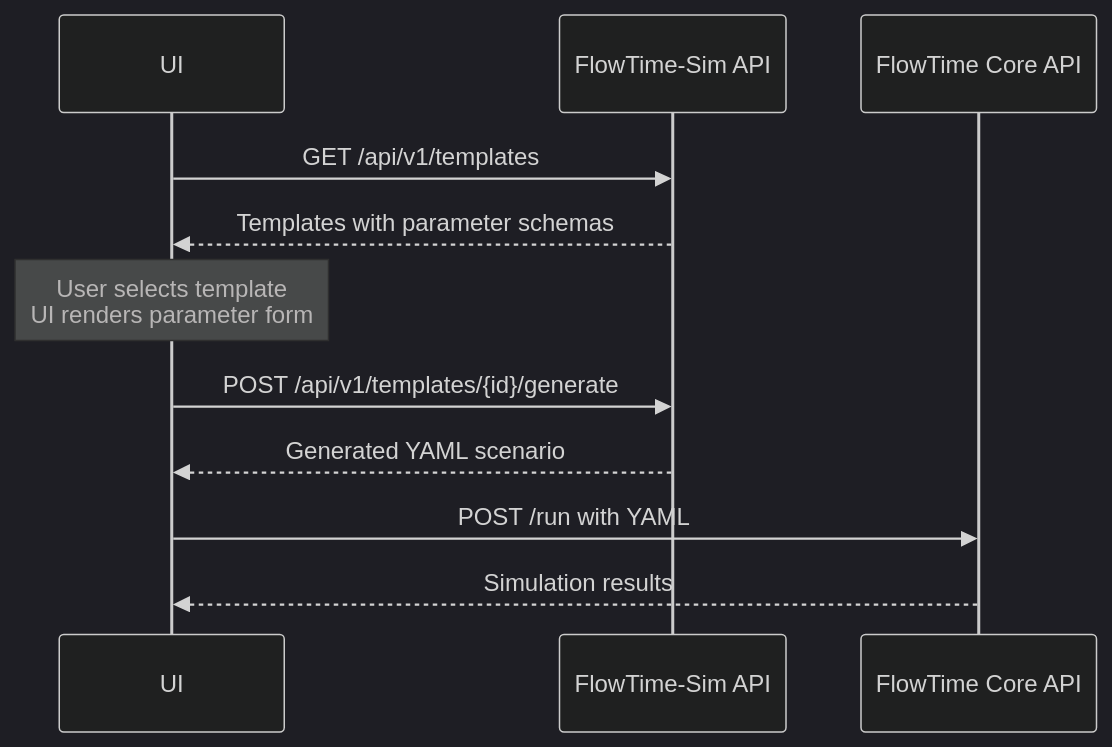
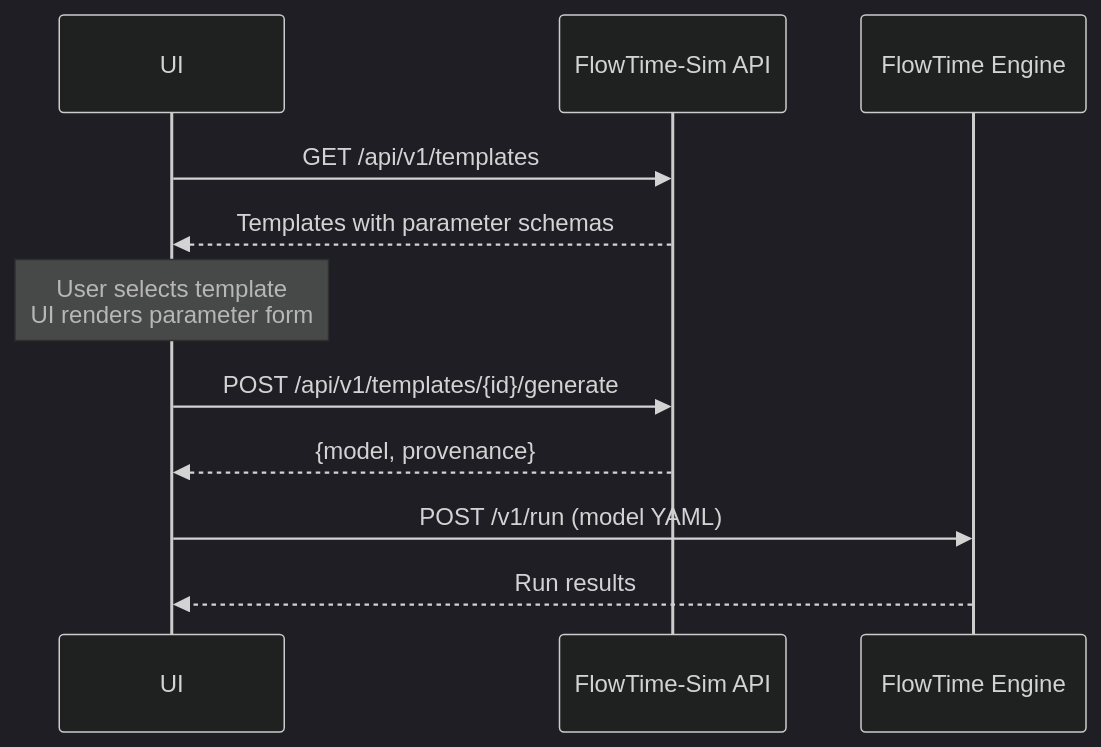
One commit to 23min/FlowTime changed the diagram in docs/guides/template-api-integration.md. Above: the diagram before and after it, drawn with Mermaid (dark theme). The commit also changed other lines of this file and 5 other files, not shown here.

````diff
--- a/docs/guides/template-api-integration.md
+++ b/docs/guides/template-api-integration.md
@@ -119,17 +110,17 @@
 ```mermaid
 sequenceDiagram
     participant UI
-    participant SimAPI as FlowTime-Sim API
-    participant CoreAPI as FlowTime Core API
+    participant Sim as FlowTime-Sim API
+    participant Engine as FlowTime Engine
     
-    UI->>SimAPI: GET /api/v1/templates
-    SimAPI-->>UI: Templates with parameter schemas
+    UI->>Sim: GET /api/v1/templates
+    Sim-->>UI: Templates with parameter schemas
     
     Note over UI: User selects template<br/>UI renders parameter form
     
-    UI->>SimAPI: POST /api/v1/templates/{id}/generate
-    SimAPI-->>UI: Generated YAML scenario
+    UI->>Sim: POST /api/v1/templates/{id}/generate
+    Sim-->>UI: {model, provenance}
     
-    UI->>CoreAPI: POST /run with YAML
-    CoreAPI-->>UI: Simulation results
+    UI->>Engine: POST /v1/run (model YAML)
+    Engine-->>UI: Run results
 ```
````
